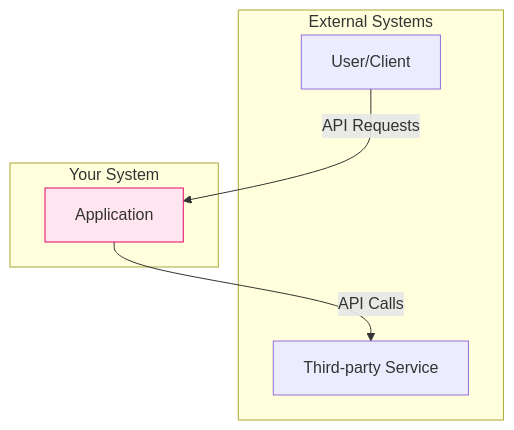
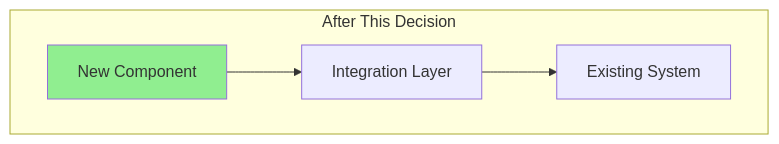
The first of 4 diagrams in output/workflow-architecture-exploration.md (ryan-norman-cmm/architecture-designer-claude-project), drawn with Mermaid before and after one commit. The commit also changed other lines of this file and 7 other files, not shown here.

````diff
--- a/output/workflow-architecture-exploration.md
+++ b/output/workflow-architecture-exploration.md
@@ -827,16 +836,11 @@
 ```mermaid
 graph TB
-    subgraph "External Systems"
-        User[User/Client]
-        ThirdParty[Third-party Service]
+    subgraph "After This Decision"
+        A1[New Component]
+        A2[Existing System]
+        A3[Integration Layer]
+        A1 --> A3
+        A3 --> A2
     end
-
-    subgraph "Your System"
-        App[Application]
-    end
-
-    User -->|API Requests| App
-    App -->|API Calls| ThirdParty
-
-    style App fill:#FFE5EF,stroke:#E70665
+    style A1 fill:#90EE90
 ```
````
